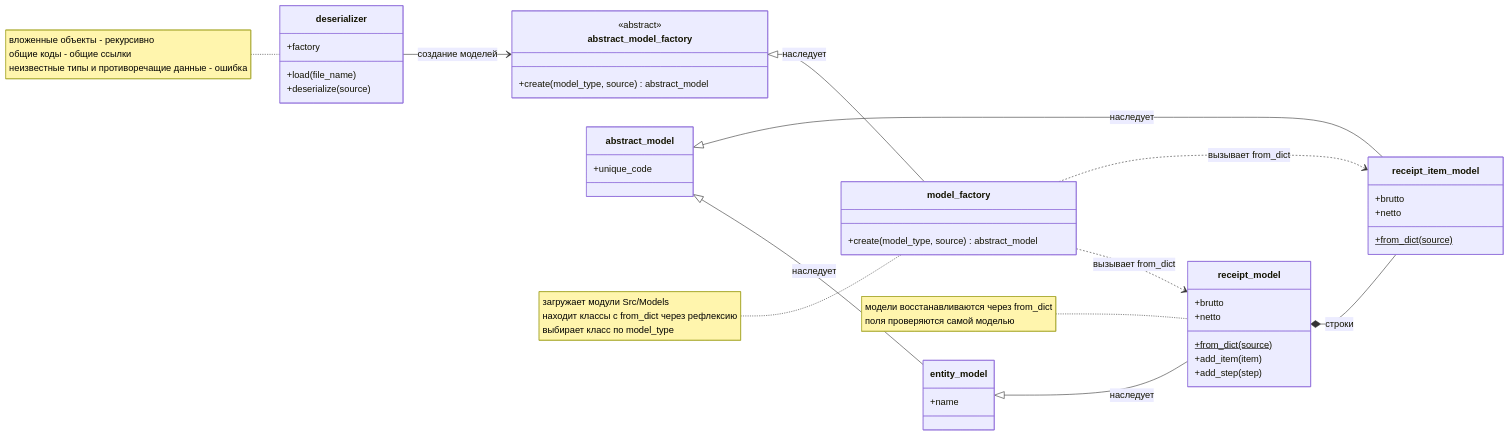
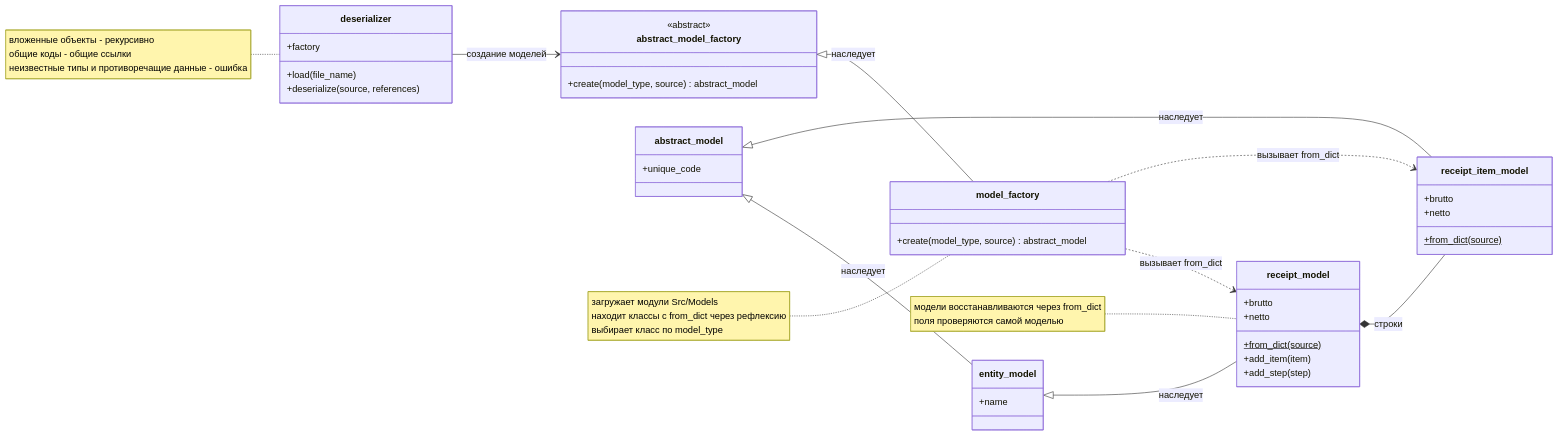
The fifth of 6 diagrams in Docs/Uml.md (zenderio-dev/patterns_HW), drawn with Mermaid before and after one commit. The commit also changed other lines of this file and 14 other files, not shown here.

````diff
--- a/Docs/Uml.md
+++ b/Docs/Uml.md
@@ -247,54 +264,54 @@
 ```mermaid
 classDiagram
     direction LR
 
     class abstract_model_factory {
         <<abstract>>
         +create(model_type, source) abstract_model
     }
 
     class model_factory {
         +create(model_type, source) abstract_model
     }
 
     class deserializer {
         +factory
         +load(file_name)
-        +deserialize(source)
+        +deserialize(source, references)
     }
 
     class abstract_model {
         +unique_code
     }
 
     class entity_model {
         +name
     }
 
     class receipt_model {
         +from_dict(source)$
         +add_item(item)
         +add_step(step)
         +brutto
         +netto
     }
 
     class receipt_item_model {
         +from_dict(source)$
         +brutto
         +netto
     }
 
     abstract_model_factory <|-- model_factory : наследует
     deserializer --> abstract_model_factory : создание моделей
     abstract_model <|-- entity_model : наследует
     entity_model <|-- receipt_model : наследует
     abstract_model <|-- receipt_item_model : наследует
     model_factory ..> receipt_model : вызывает from_dict
     model_factory ..> receipt_item_model : вызывает from_dict
     receipt_model *-- receipt_item_model : строки
 
     note for deserializer "вложенные объекты - рекурсивно<br>общие коды - общие ссылки<br>неизвестные типы и противоречащие данные - ошибка"
     note for model_factory "загружает модули Src/Models<br>находит классы с from_dict через рефлексию<br>выбирает класс по model_type"
     note for receipt_model "модели восстанавливаются через from_dict<br>поля проверяются самой моделью"
 ```
````
